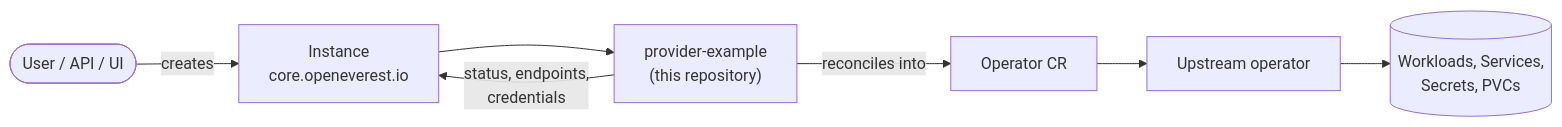
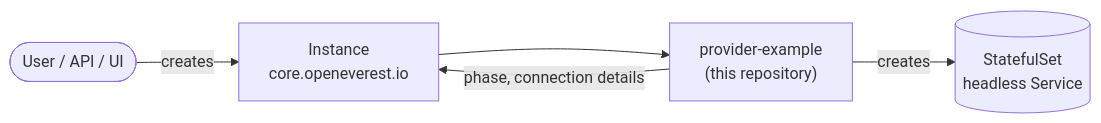
One commit to openeverest/provider-example changed the diagram in README.md. Above: the diagram before and after it, drawn with Mermaid. The commit also changed other lines of this file and 36 other files, not shown here.

````diff
--- a/README.md
+++ b/README.md
@@ -36,9 +23,7 @@
 ```mermaid
 flowchart LR
     U([User / API / UI]) -->|creates| I["Instance<br/>core.openeverest.io"]
     I --> P["provider-example<br/>(this repository)"]
-    P -->|reconciles into| O["Operator CR<br/><operator-api-group>"]
-    O --> W["Upstream operator"]
-    W --> R[("Workloads, Services,<br/>Secrets, PVCs")]
-    P -->|status, endpoints,<br/>credentials| I
+    P -->|creates| R[("StatefulSet<br/>headless Service")]
+    P -->|phase, connection details| I
 ```
````
